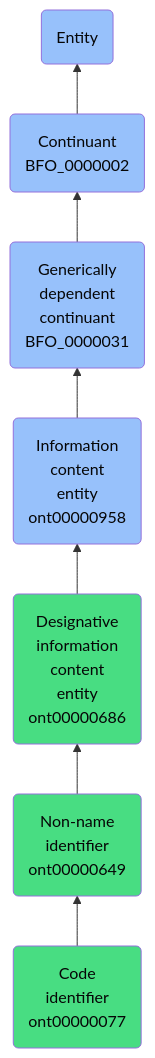
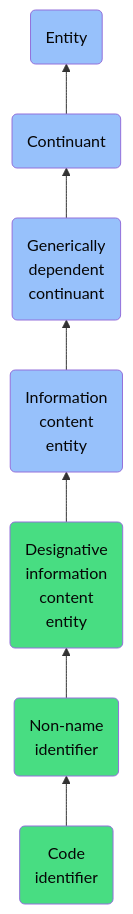
The diagram in docs/ontology/reference/model/Entity/Continuant/Generically dependent continuant/Information content entity/Designative information content entity/Non-name identifier/Code identifier/Code identifier.md (jupyter-naas/abi), drawn with Mermaid before and after one commit. The commit also changed other lines of this file and 1430 other files, not shown here.

````diff
--- a/docs/ontology/reference/model/Entity/Continuant/Generically dependent continuant/Information content entity/Designative information content entity/Non-name identifier/Code identifier/Code identifier.md
+++ b/docs/ontology/reference/model/Entity/Continuant/Generically dependent continuant/Information content entity/Designative information content entity/Non-name identifier/Code identifier/Code identifier.md
@@ -26,14 +26,14 @@
 ```mermaid
 graph BT
-    ont00000077(Code<br>identifier<br>ont00000077):::ABI-->ont00000649
-    ont00000649(Non-name<br>identifier<br>ont00000649):::ABI-->ont00000686
-    ont00000686(Designative<br>information<br>content<br>entity<br>ont00000686):::ABI-->ont00000958
-    ont00000958(Information<br>content<br>entity<br>ont00000958):::BFO-->BFO_0000031
-    BFO_0000031(Generically<br>dependent<br>continuant<br>BFO_0000031):::BFO-->BFO_0000002
-    BFO_0000002(Continuant<br>BFO_0000002):::BFO-->BFO_0000001
+    ont00000077(Code<br>identifier):::ABI-->ont00000649
+    ont00000649(Non-name<br>identifier):::ABI-->ont00000686
+    ont00000686(Designative<br>information<br>content<br>entity):::ABI-->ont00000958
+    ont00000958(Information<br>content<br>entity):::BFO-->BFO_0000031
+    BFO_0000031(Generically<br>dependent<br>continuant):::BFO-->BFO_0000002
+    BFO_0000002(Continuant):::BFO-->BFO_0000001
     BFO_0000001(Entity):::BFO
     
     classDef BFO fill:#97c1fb,color:#060606
     classDef CCO fill:#e4c51e,color:#060606
     classDef ABI fill:#48DD82,color:#060606
 ```
````
